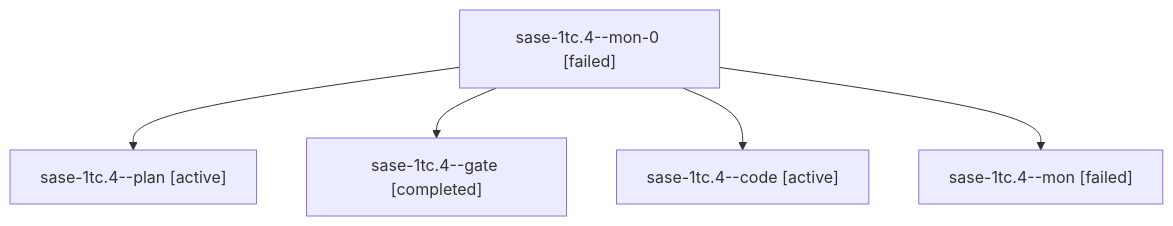
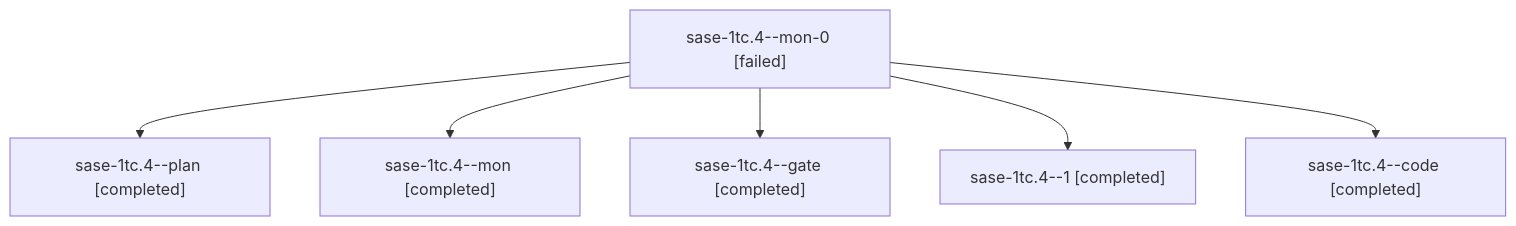
The diagram in sessions/bbugyi200.athena.sase-1tc.4.md (sase-org/sase--agents), drawn with Mermaid before and after one commit. The commit also changed other lines of this file and 100 other files, not shown here.

````diff
--- a/sessions/bbugyi200.athena.sase-1tc.4.md
+++ b/sessions/bbugyi200.athena.sase-1tc.4.md
@@ -9,12 +9,14 @@
 ```mermaid
 flowchart TD
   n0["sase-1tc.4--mon-0 [failed]"]
-  n1["sase-1tc.4--plan [active]"]
+  n1["sase-1tc.4--plan [completed]"]
   n0 --> n1
-  n2["sase-1tc.4--gate [completed]"]
+  n2["sase-1tc.4--mon [completed]"]
   n0 --> n2
-  n3["sase-1tc.4--code [active]"]
+  n3["sase-1tc.4--gate [completed]"]
   n0 --> n3
-  n4["sase-1tc.4--mon [failed]"]
+  n4["sase-1tc.4--1 [completed]"]
   n0 --> n4
+  n5["sase-1tc.4--code [completed]"]
+  n0 --> n5
 ```
````
